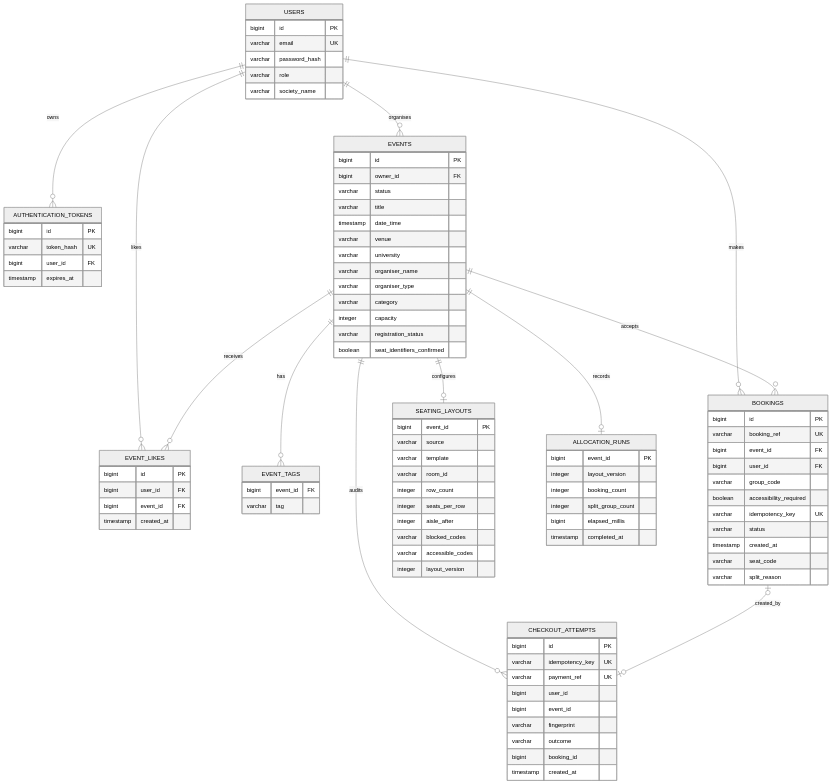
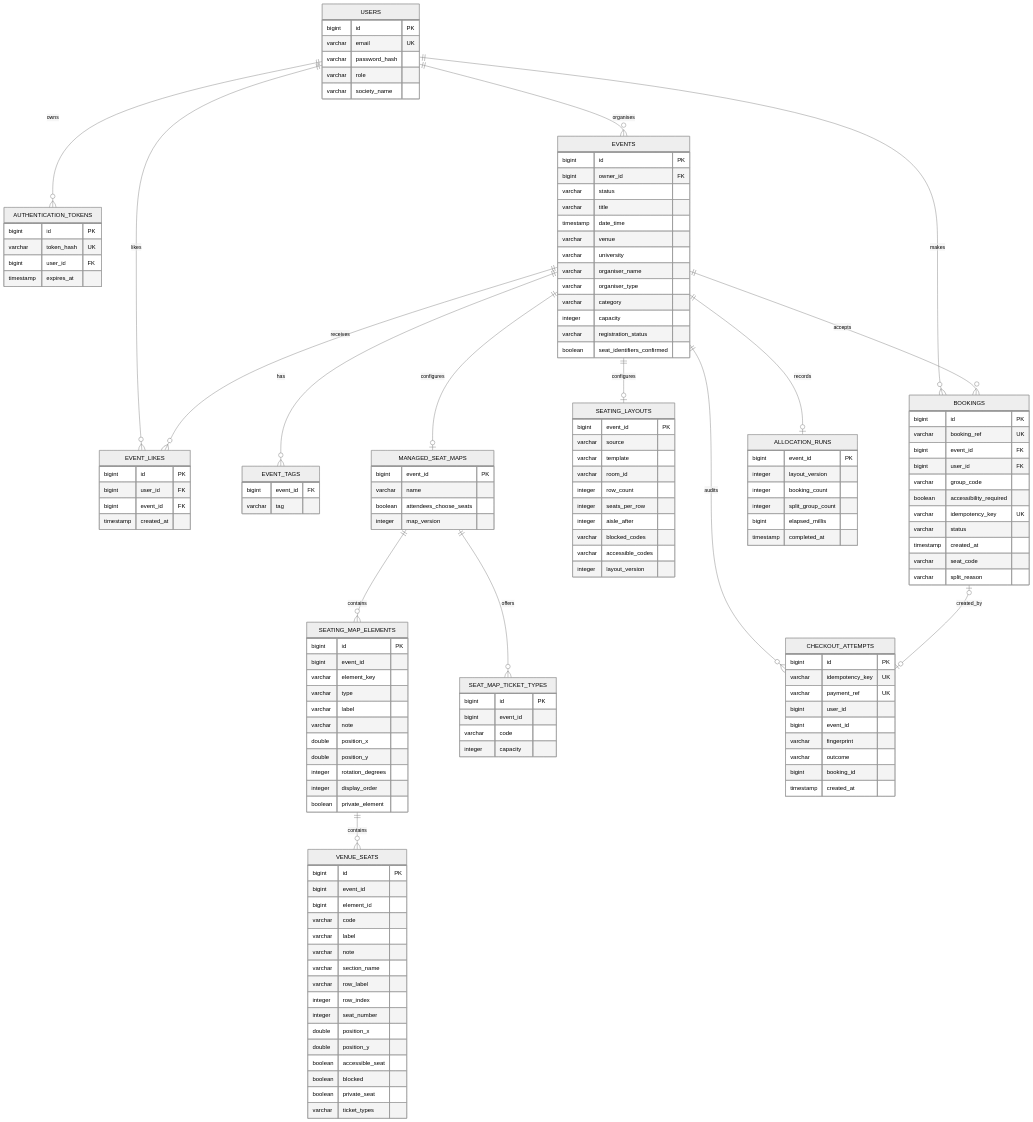
One commit to DKon109/Lab04_Team10 changed the diagram in docs/ERD.md. Above: the diagram before and after it, drawn with Mermaid (neutral theme). The commit also changed other lines of this file, not shown here.

Commit message:
docs: add managed seating tables to ERD

```diff
--- a/docs/ERD.md
+++ b/docs/ERD.md
@@ -10,6 +10,10 @@
     USERS ||--o{ BOOKINGS : makes
     EVENTS ||--o{ BOOKINGS : accepts
     EVENTS ||--o| SEATING_LAYOUTS : configures
+    EVENTS ||--o| MANAGED_SEAT_MAPS : configures
+    MANAGED_SEAT_MAPS ||--o{ SEATING_MAP_ELEMENTS : contains
+    SEATING_MAP_ELEMENTS ||--o{ VENUE_SEATS : contains
+    MANAGED_SEAT_MAPS ||--o{ SEAT_MAP_TICKET_TYPES : offers
     EVENTS ||--o| ALLOCATION_RUNS : records
     EVENTS ||--o{ CHECKOUT_ATTEMPTS : audits
     BOOKINGS o|--o| CHECKOUT_ATTEMPTS : created_by
@@ -88,6 +92,49 @@
         varchar accessible_codes
         integer layout_version
     }
+    MANAGED_SEAT_MAPS {
+        bigint event_id PK
+        varchar name
+        boolean attendees_choose_seats
+        integer map_version
+    }
+    SEATING_MAP_ELEMENTS {
+        bigint id PK
+        bigint event_id
+        varchar element_key
+        varchar type
+        varchar label
+        varchar note
+        double position_x
+        double position_y
+        integer rotation_degrees
+        integer display_order
+        boolean private_element
+    }
+    VENUE_SEATS {
+        bigint id PK
+        bigint event_id
+        bigint element_id
+        varchar code
+        varchar label
+        varchar note
+        varchar section_name
+        varchar row_label
+        integer row_index
+        integer seat_number
+        double position_x
+        double position_y
+        boolean accessible_seat
+        boolean blocked
+        boolean private_seat
+        varchar ticket_types
+    }
+    SEAT_MAP_TICKET_TYPES {
+        bigint id PK
+        bigint event_id
+        varchar code
+        integer capacity
+    }
     ALLOCATION_RUNS {
         bigint event_id PK
         integer layout_version
```
